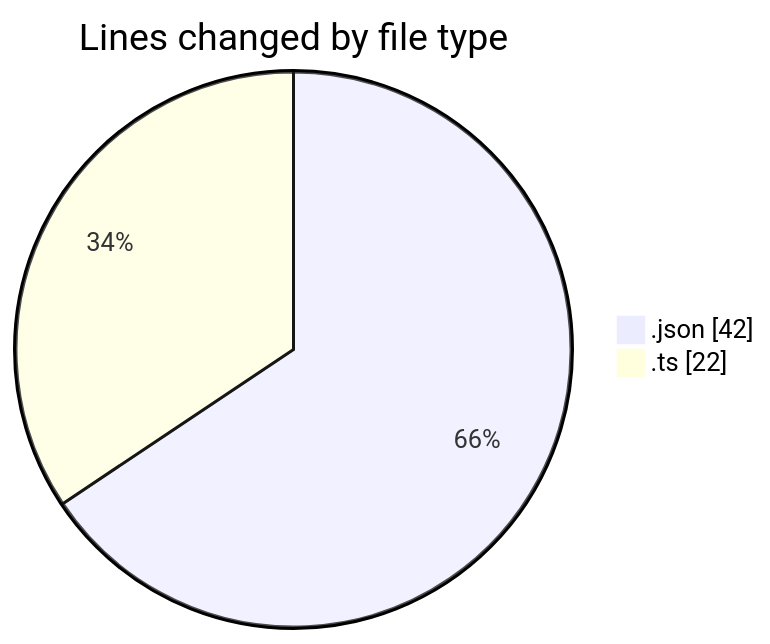
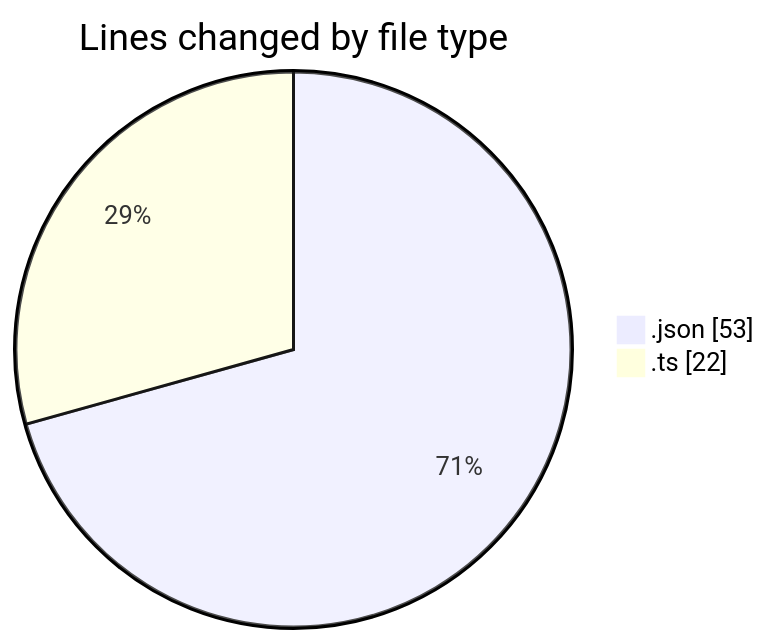
The first of 2 diagrams in 2025-05-22/expensetracker/README.md (Ritupan-Deka/code-tracking), drawn with Mermaid before and after one commit. The commit also changed other lines of this file and 1 other file, not shown here.

````diff
--- a/2025-05-22/expensetracker/README.md
+++ b/2025-05-22/expensetracker/README.md
@@ -22,6 +22,6 @@
 ```mermaid
 pie showData
 title Lines changed by file type
-".json" : 42
+".json" : 53
 ".ts" : 22
 ```
````
